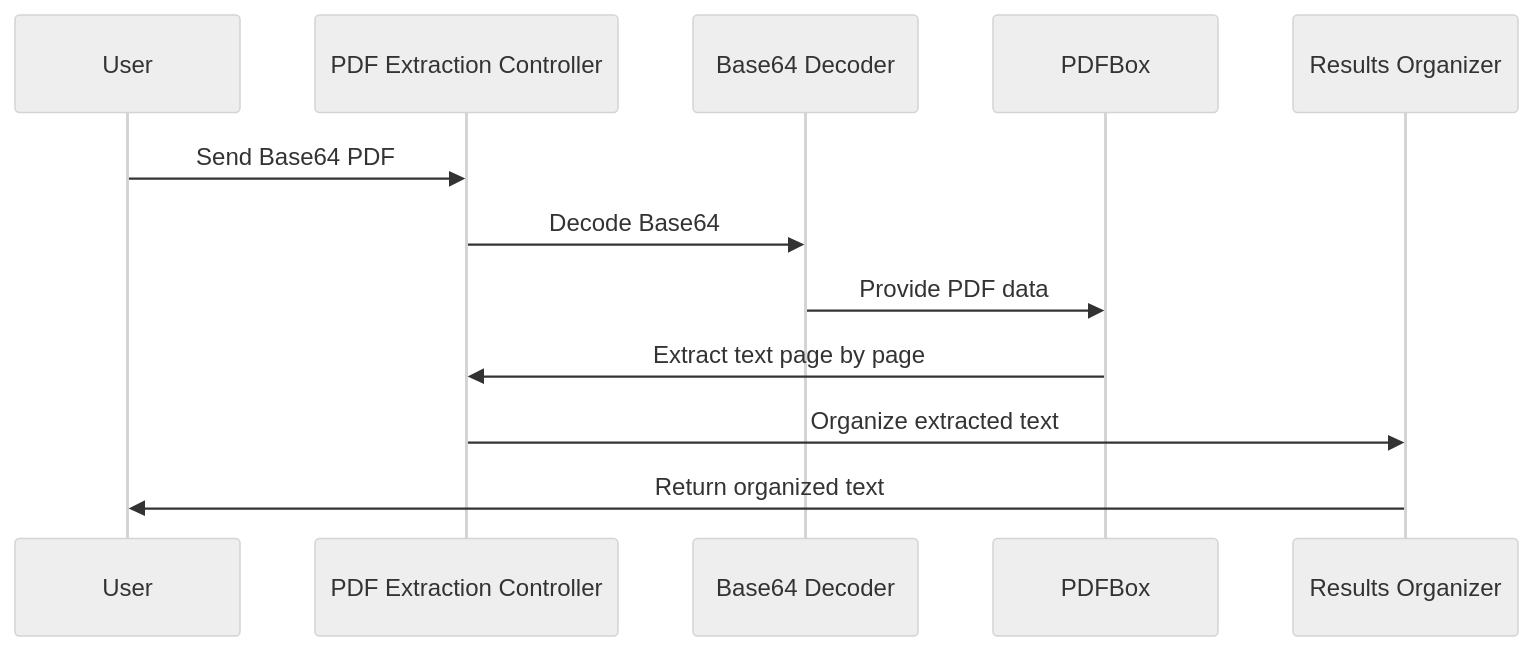
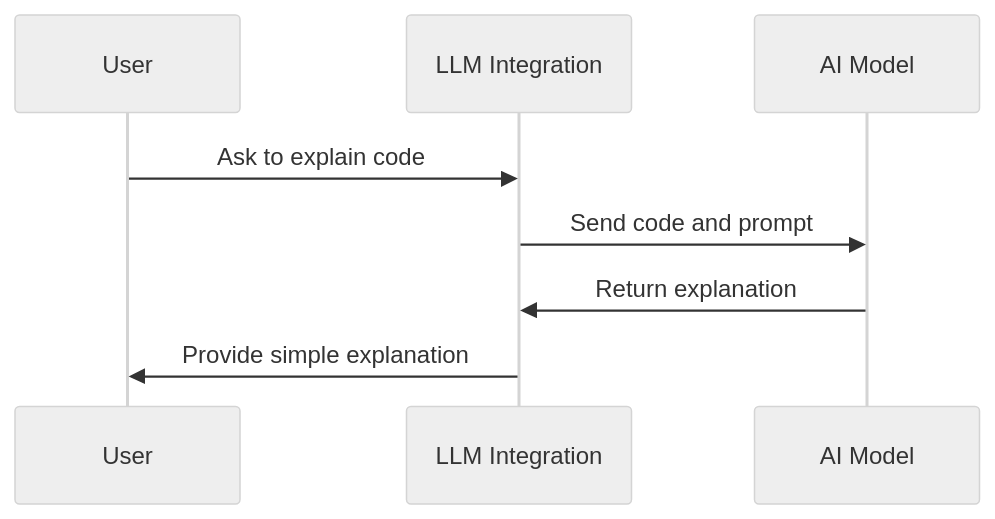
The fifth of 9 diagrams in README.md (dygavieta/NewRepo), drawn with Mermaid (neutral theme) before and after one commit. The commit also changed other lines of this file, not shown here.

````diff
--- a/README.md
+++ b/README.md
@@ -260,14 +379,10 @@
 ```mermaid
 sequenceDiagram
     participant User
-    participant Controller as PDF Extraction Controller
-    participant Decoder as Base64 Decoder
-    participant PDFBox
-    participant Results as Results Organizer
-    User->>Controller: Send Base64 PDF
-    Controller->>Decoder: Decode Base64
-    Decoder->>PDFBox: Provide PDF data
-    PDFBox->>Controller: Extract text page by page
-    Controller->>Results: Organize extracted text
-    Results->>User: Return organized text
+    participant LLM as LLM Integration
+    participant AI as AI Model
+    User->>LLM: Ask to explain code
+    LLM->>AI: Send code and prompt
+    AI->>LLM: Return explanation
+    LLM->>User: Provide simple explanation
 ```
````
